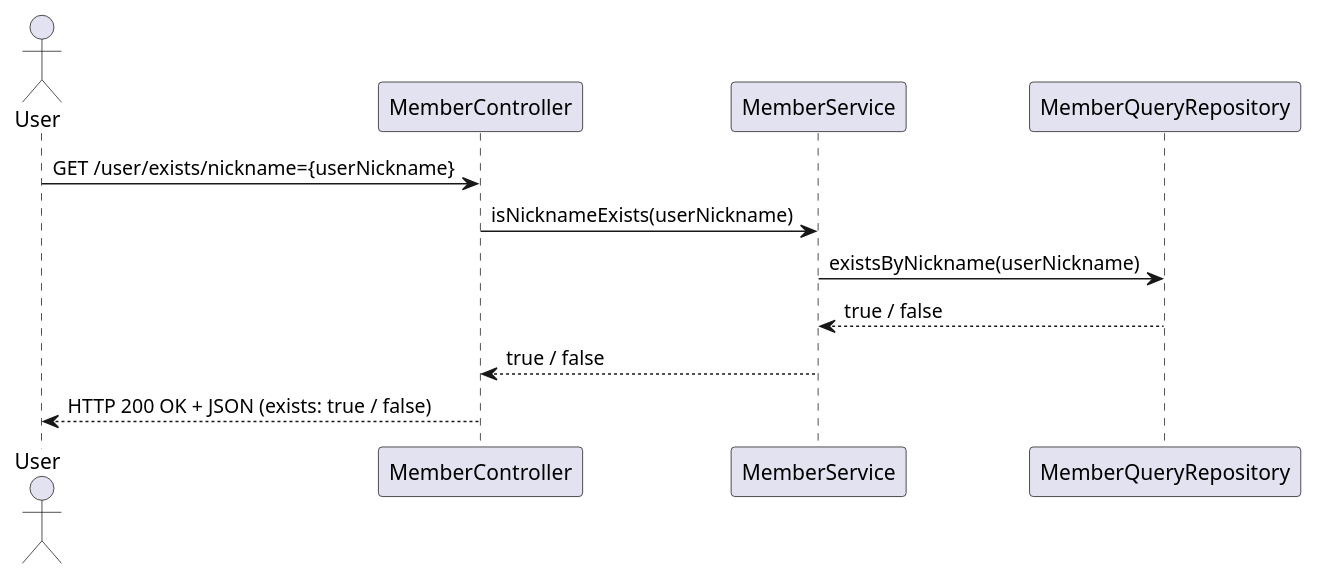
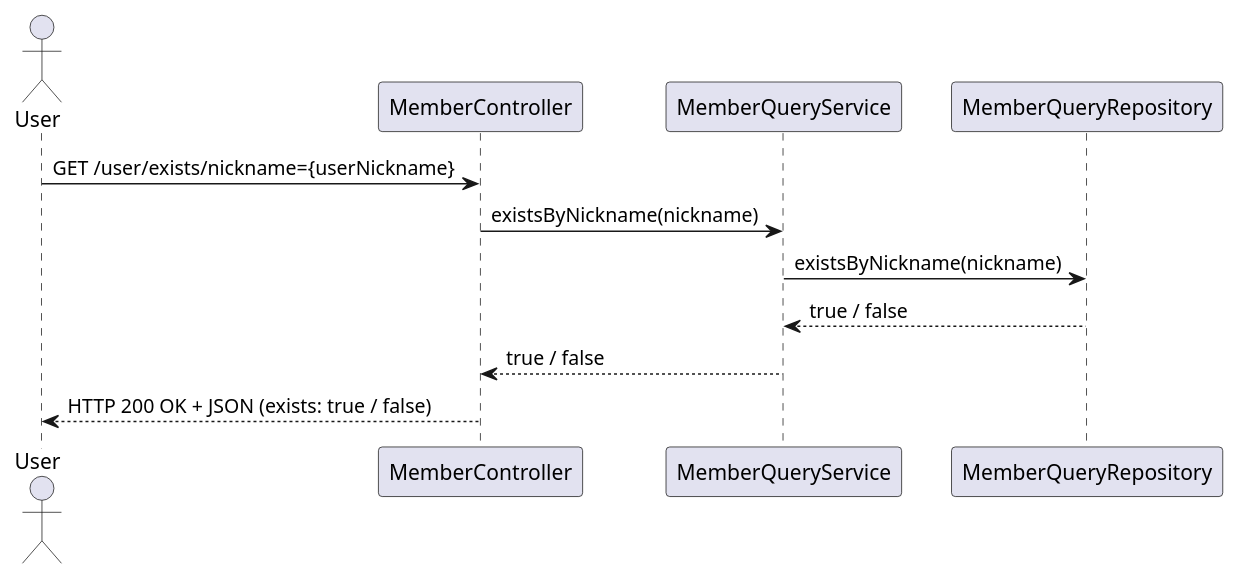
Before and after one commit to SimpleBoardTeam/simpleBoard-server: the diagram in document/puml/event/memberContext/memberAggregate/nicknameExistsCheck.puml, drawn with PlantUML.

Commit message:
docs(diagram): nicknameExistsCheck.puml 수정 - Service도 Query와 Command로 나눔에 따라 MemberService -> MemberQueryService로 변경

```diff
--- a/document/puml/event/memberContext/memberAggregate/nicknameExistsCheck.puml
+++ b/document/puml/event/memberContext/memberAggregate/nicknameExistsCheck.puml
@@ -1,15 +1,15 @@
 @startuml
 actor User
 participant MemberController
-participant MemberService
+participant MemberQueryService
 participant MemberQueryRepository
 
 User -> MemberController : GET /user/exists/nickname={userNickname}
-MemberController -> MemberService : isNicknameExists(userNickname)
+MemberController -> MemberQueryService : existsByNickname(nickname)
 
-MemberService -> MemberQueryRepository : existsByNickname(userNickname)
-MemberQueryRepository --> MemberService : true / false
+MemberQueryService -> MemberQueryRepository : existsByNickname(nickname)
+MemberQueryRepository --> MemberQueryService : true / false
 
-MemberService --> MemberController : true / false
+MemberQueryService --> MemberController : true / false
 MemberController --> User : HTTP 200 OK + JSON (exists: true / false)
 @enduml
```
